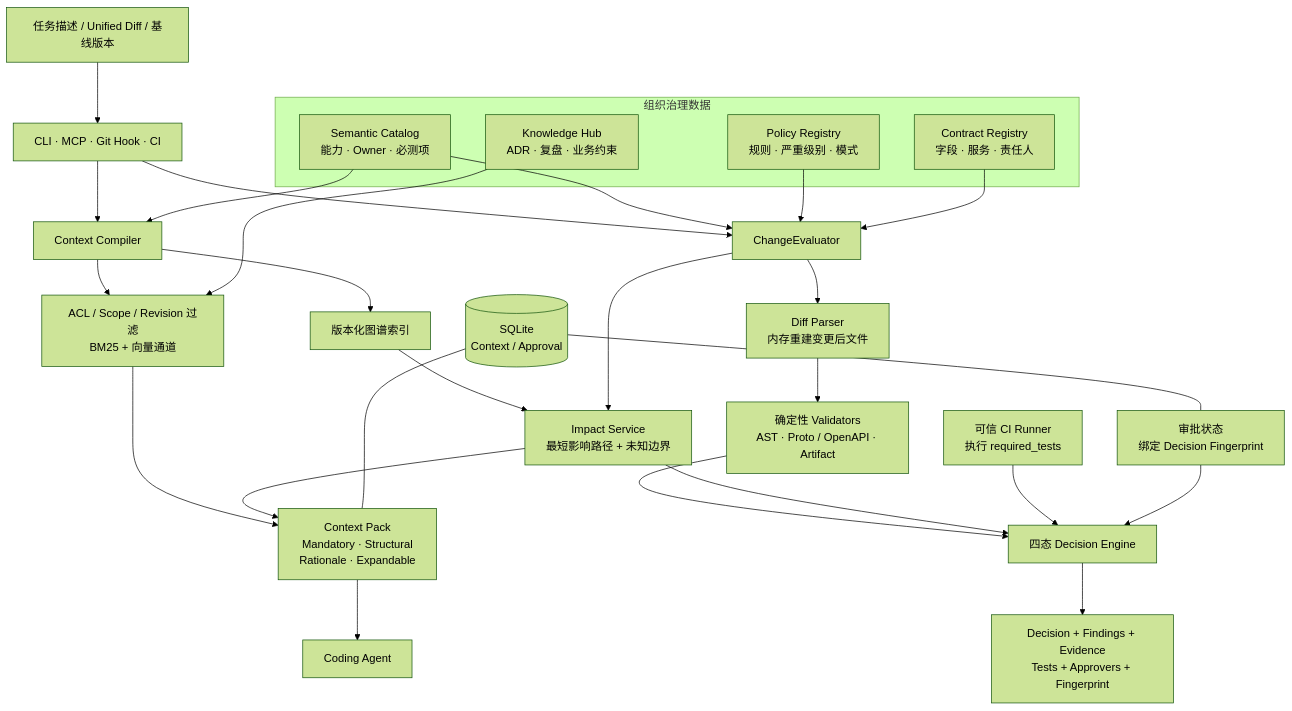
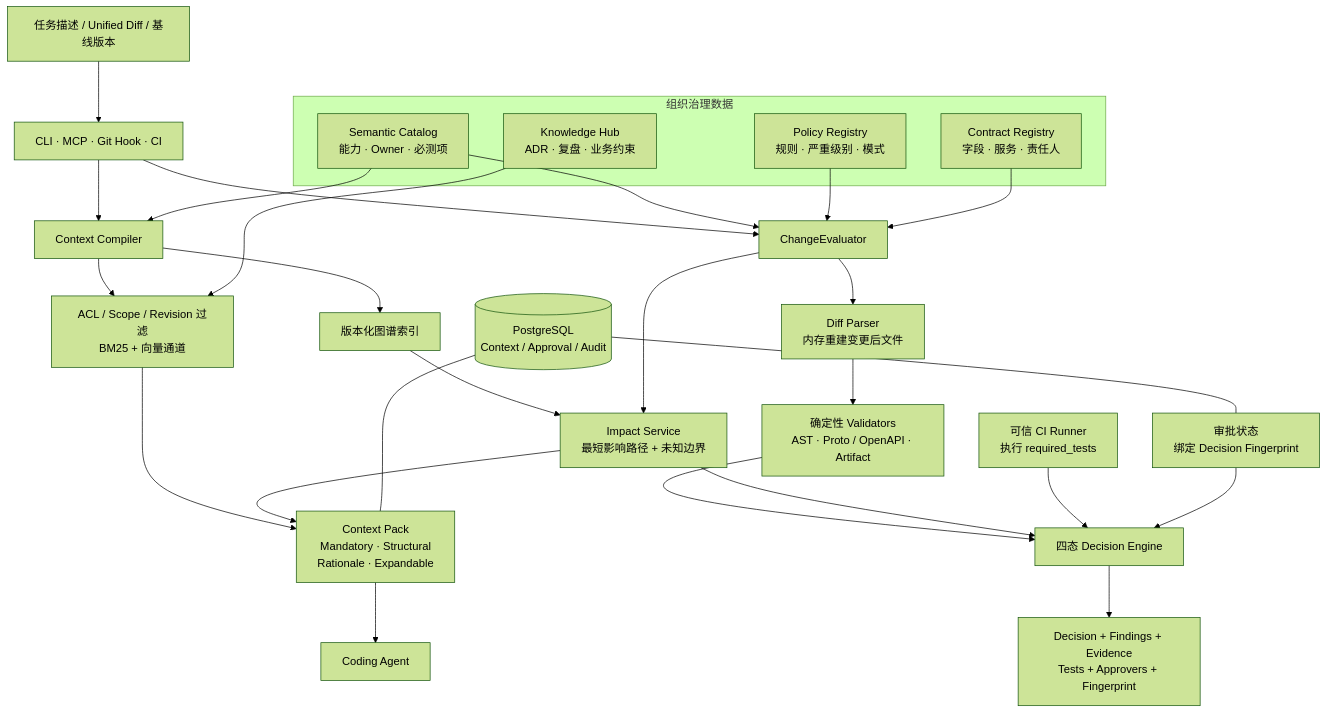
Before and after one commit to PureBlueFrank/biz-guard: the diagram in README.md, drawn with Mermaid (forest theme). The commit also changed other lines of this file and 40 other files, not shown here.

````diff
--- a/README.md
+++ b/README.md
@@ -137,40 +137,40 @@
 ```mermaid
 flowchart TB
     INPUT[任务描述 / Unified Diff / 基线版本] --> ENTRY[CLI · MCP · Git Hook · CI]
 
     subgraph GOVERNANCE[组织治理数据]
         CAT[Semantic Catalog<br/>能力 · Owner · 必测项]
         POL[Policy Registry<br/>规则 · 严重级别 · 模式]
         CON[Contract Registry<br/>字段 · 服务 · 责任人]
         KB[Knowledge Hub<br/>ADR · 复盘 · 业务约束]
     end
 
     ENTRY --> CONTEXT[Context Compiler]
     ENTRY --> EVALUATOR[ChangeEvaluator]
 
     CONTEXT --> INDEX[版本化图谱索引]
     CONTEXT --> SEARCH[ACL / Scope / Revision 过滤<br/>BM25 + 向量通道]
     INDEX --> IMPACT[Impact Service<br/>最短影响路径 + 未知边界]
     SEARCH --> PACK[Context Pack<br/>Mandatory · Structural<br/>Rationale · Expandable]
     IMPACT --> PACK
 
     EVALUATOR --> DIFF[Diff Parser<br/>内存重建变更后文件]
     DIFF --> VALIDATOR[确定性 Validators<br/>AST · Proto / OpenAPI · Artifact]
     EVALUATOR --> IMPACT
     VALIDATOR --> DECIDE[四态 Decision Engine]
     IMPACT --> DECIDE
     TESTS[可信 CI Runner<br/>执行 required_tests] --> DECIDE
     APPROVAL[审批状态<br/>绑定 Decision Fingerprint] --> DECIDE
 
     CAT --> CONTEXT
     CAT --> EVALUATOR
     POL --> EVALUATOR
     CON --> EVALUATOR
     KB --> SEARCH
 
     PACK --> AGENT[Coding Agent]
     DECIDE --> RESULT[Decision + Findings + Evidence<br/>Tests + Approvers + Fingerprint]
 
-    STORE[(SQLite<br/>Context / Approval)] --- PACK
+    STORE[(PostgreSQL<br/>Context / Approval / Audit)] --- PACK
     STORE --- APPROVAL
 ```
````
